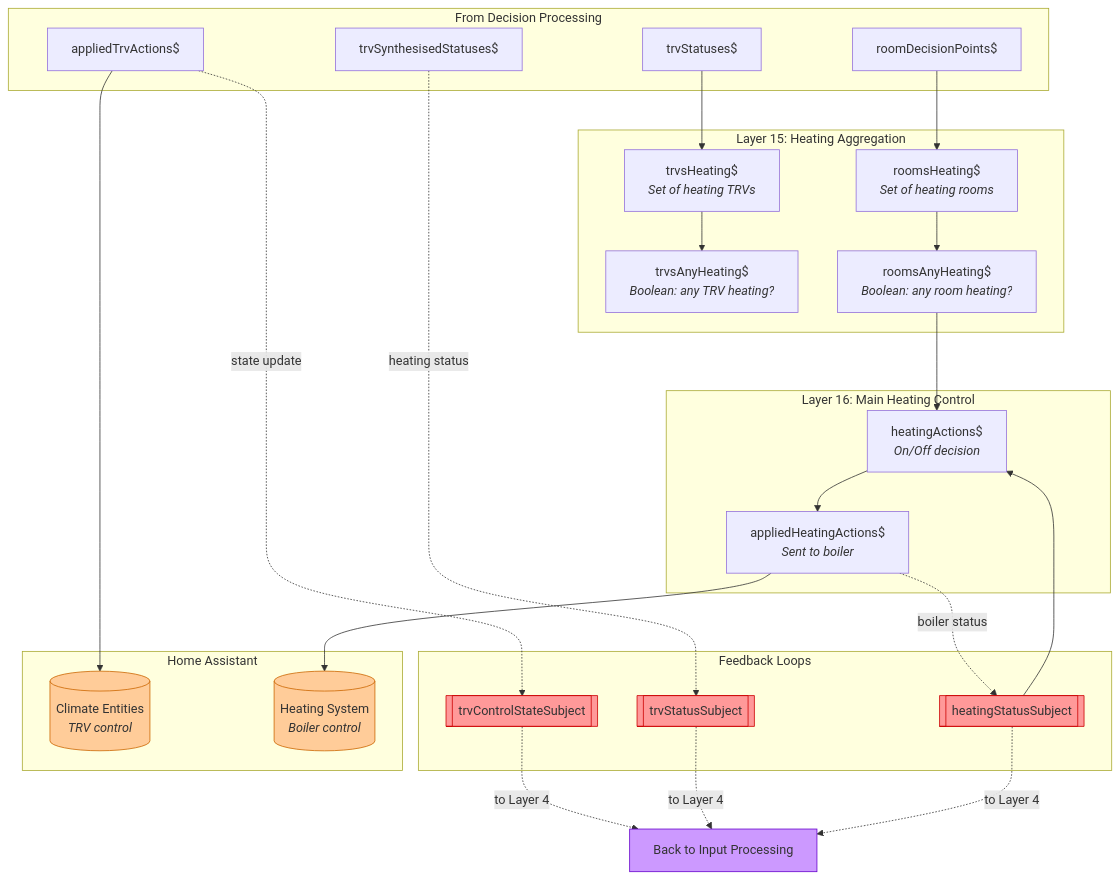
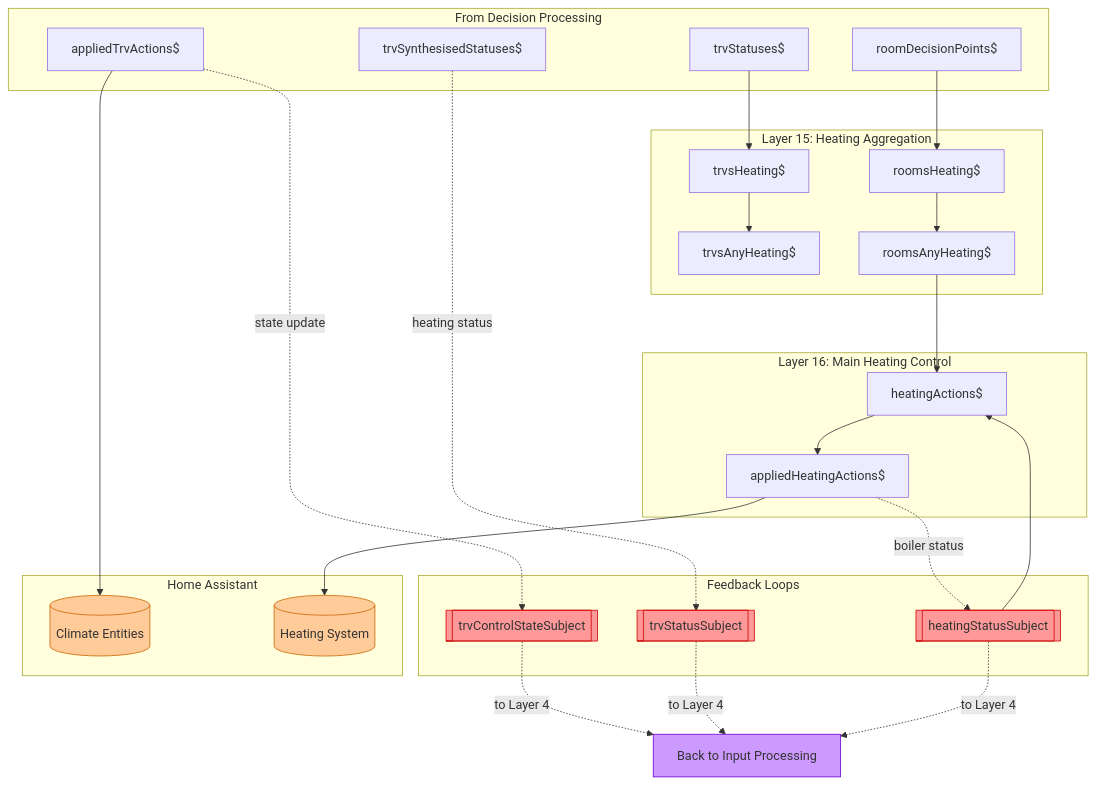
Before and after one commit to GraemeF/home-automation: the diagram in packages/deep-heating-rx/docs/data-flow-output.md, drawn with Mermaid. The commit also changed 4 other files, not shown here.

First line of the commit message:
fix: simplify mermaid node labels for readability

````diff
--- a/packages/deep-heating-rx/docs/data-flow-output.md
+++ b/packages/deep-heating-rx/docs/data-flow-output.md
@@ -9,66 +9,66 @@
 ```mermaid
 flowchart TB
     subgraph Inputs["From Decision Processing"]
         AppliedTrvActions["appliedTrvActions$"]
         TrvSynthStatus["trvSynthesisedStatuses$"]
         RoomDecisions["roomDecisionPoints$"]
         TrvStatuses["trvStatuses$"]
     end
 
     subgraph Layer15["Layer 15: Heating Aggregation"]
-        TrvsHeating["trvsHeating$\n<i>Set of heating TRVs</i>"]
-        TrvsAnyHeating["trvsAnyHeating$\n<i>Boolean: any TRV heating?</i>"]
-        RoomsHeating["roomsHeating$\n<i>Set of heating rooms</i>"]
-        RoomsAnyHeating["roomsAnyHeating$\n<i>Boolean: any room heating?</i>"]
+        TrvsHeating["trvsHeating$"]
+        TrvsAnyHeating["trvsAnyHeating$"]
+        RoomsHeating["roomsHeating$"]
+        RoomsAnyHeating["roomsAnyHeating$"]
     end
 
     subgraph Layer16["Layer 16: Main Heating Control"]
-        HeatingActions["heatingActions$\n<i>On/Off decision</i>"]
-        AppliedHeating["appliedHeatingActions$\n<i>Sent to boiler</i>"]
+        HeatingActions["heatingActions$"]
+        AppliedHeating["appliedHeatingActions$"]
     end
 
     subgraph Feedback["Feedback Loops"]
         TrvControlSubject[["trvControlStateSubject"]]
         TrvStatusSubject[["trvStatusSubject"]]
         HeatingStatusSubject[["heatingStatusSubject"]]
     end
 
     subgraph Output["Home Assistant"]
-        HAClimate[("Climate Entities\n<i>TRV control</i>")]
-        HAHeating[("Heating System\n<i>Boiler control</i>")]
+        HAClimate[("Climate Entities")]
+        HAHeating[("Heating System")]
     end
 
     %% Layer 15 connections
     TrvStatuses --> TrvsHeating
     TrvsHeating --> TrvsAnyHeating
     RoomDecisions --> RoomsHeating
     RoomsHeating --> RoomsAnyHeating
 
     %% Layer 16 connections
     RoomsAnyHeating --> HeatingActions
     HeatingStatusSubject --> HeatingActions
     HeatingActions --> AppliedHeating
 
     %% Output connections
     AppliedTrvActions --> HAClimate
     AppliedHeating --> HAHeating
 
     %% Feedback connections
     AppliedTrvActions -.->|"state update"| TrvControlSubject
     TrvSynthStatus -.->|"heating status"| TrvStatusSubject
     AppliedHeating -.->|"boiler status"| HeatingStatusSubject
 
     %% Feedback to inputs (back to Layer 4)
     TrvControlSubject -.->|"to Layer 4"| BackToInput["Back to Input Processing"]
     TrvStatusSubject -.->|"to Layer 4"| BackToInput
     HeatingStatusSubject -.->|"to Layer 4"| BackToInput
 
     %% Styling
     classDef subject fill:#ff9999,stroke:#cc0000
     classDef output fill:#ffcc99,stroke:#cc6600
     classDef feedback fill:#cc99ff,stroke:#6600cc
 
     class TrvControlSubject,TrvStatusSubject,HeatingStatusSubject subject
     class HAClimate,HAHeating output
     class BackToInput feedback
 ```
````
